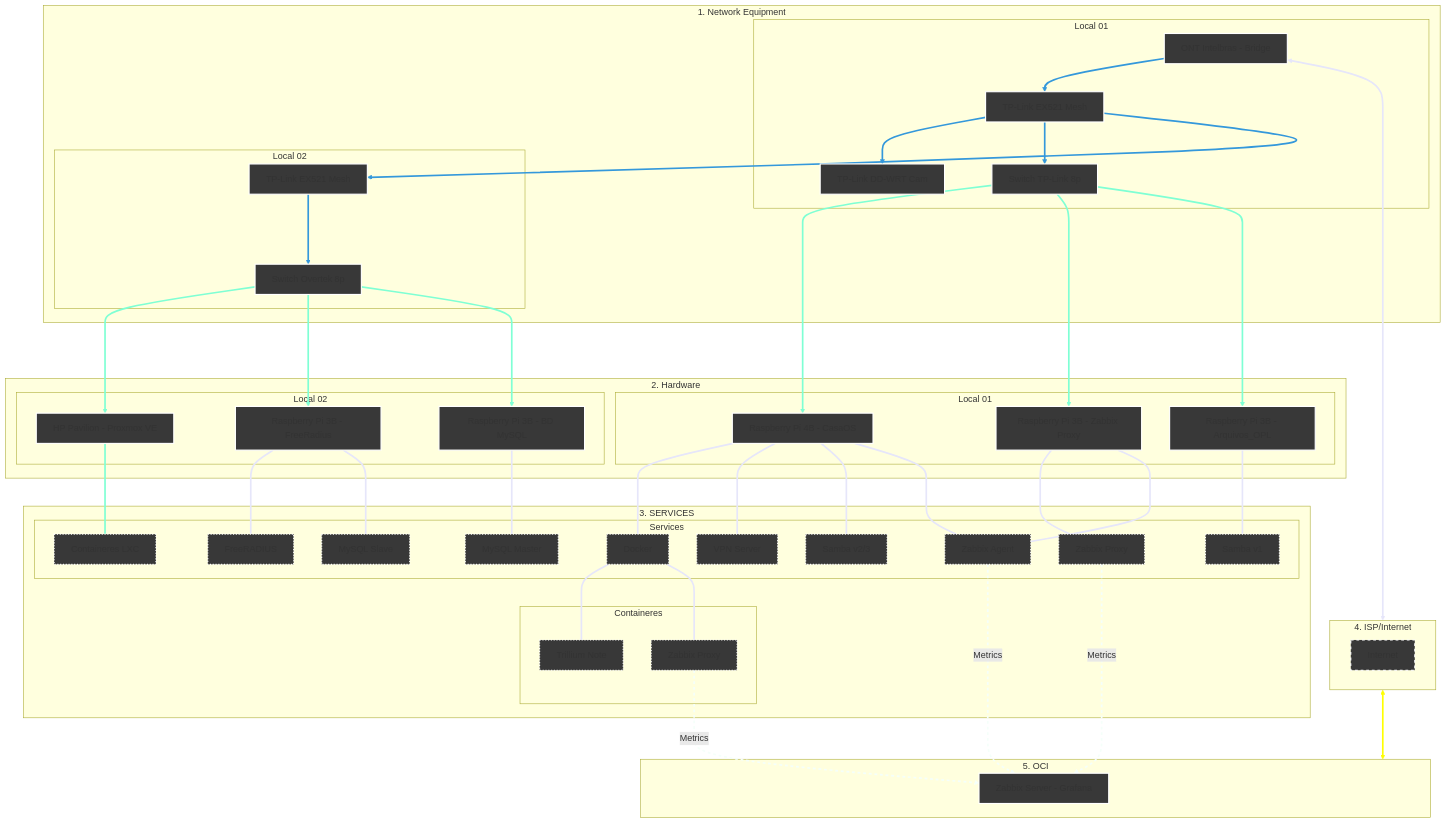
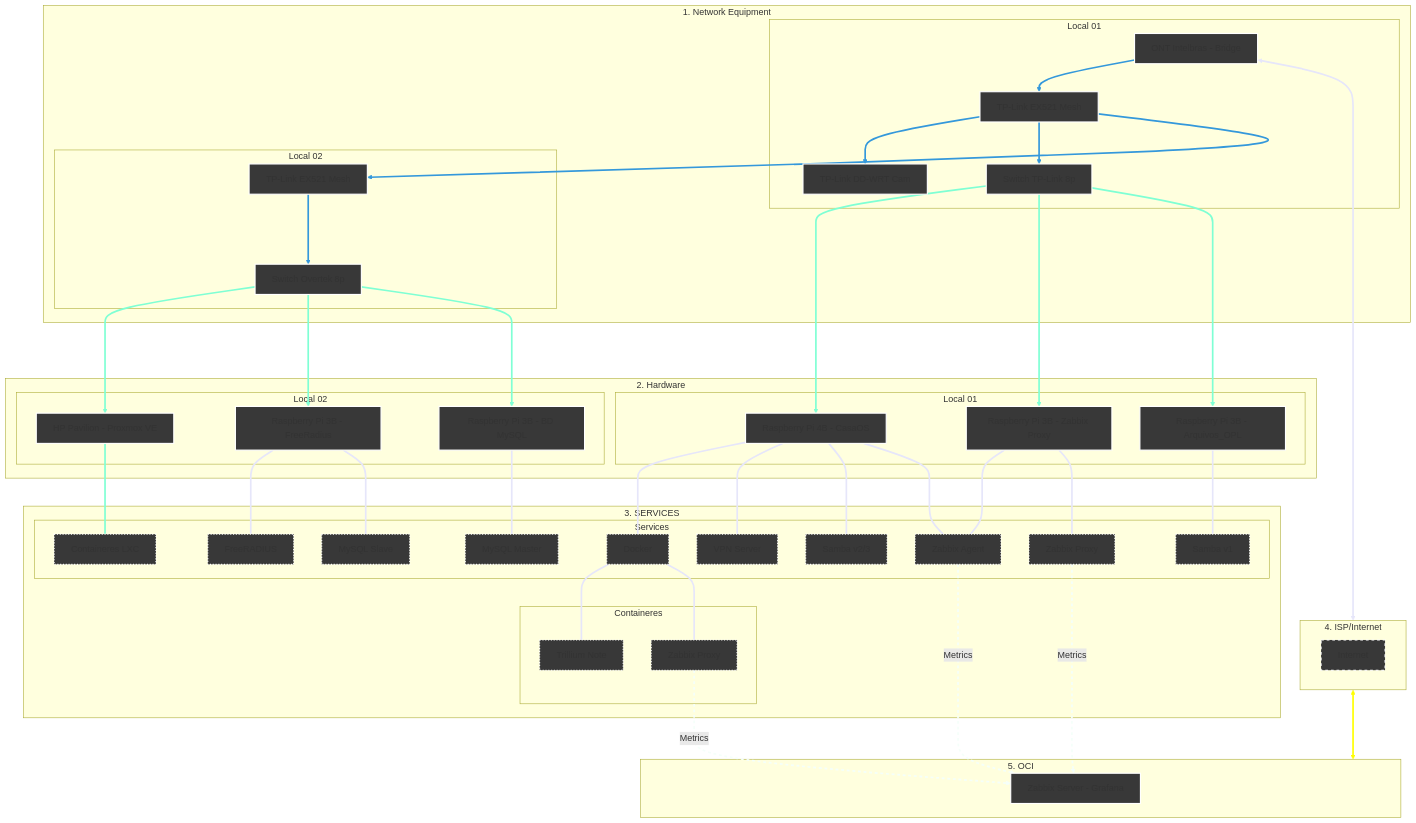
The diagram in Infrastructure/README.md (kevindexter22/Dr-Hardware-Autonet), drawn with Mermaid before and after one commit. The commit also changed other lines of this file, not shown here.

Commit message:
Reorder Zabbix Proxy entry in README

```diff
--- a/Infrastructure/README.md
+++ b/Infrastructure/README.md
@@ -57,8 +57,8 @@
         RPi4B --- VPN[VPN Server]:::services
         RPi4B --- SMB2[Samba v2/3]:::services
         RPi4B --- ZA[Zabbix Agent]:::services
+        RPi3B_2 --- ZA[Zabbix Agent]:::services
         RPi3B_2 --- ZP01[Zabbix Proxy]:::services
-        RPi3B_2 --- ZA[Zabbix Agent]:::services
         RPi3B_1 --- SMB1[Samba v1]:::services
     end
     subgraph S6 [Containeres];
```
